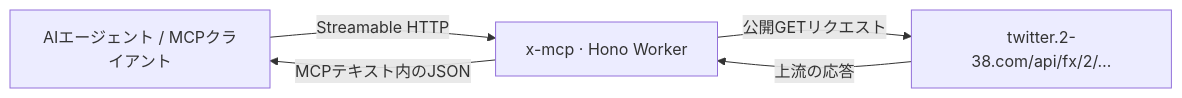
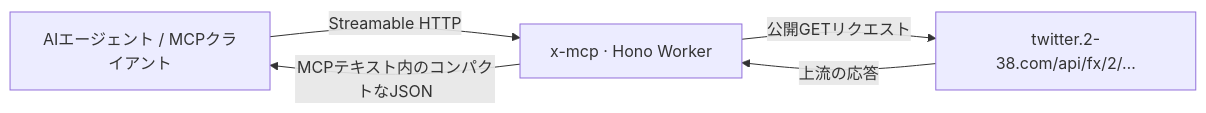
One commit to kandotrun/x-mcp changed the diagram in README.ja.md. Above: the diagram before and after it, drawn with Mermaid. The commit also changed other lines of this file and 68 other files, not shown here.

````diff
--- a/README.ja.md
+++ b/README.ja.md
@@ -133,7 +250,7 @@
 ```mermaid
 flowchart LR
     agent["AIエージェント / MCPクライアント"] -->|Streamable HTTP| worker["x-mcp · Hono Worker"]
     worker -->|公開GETリクエスト| proxy["twitter.2-38.com/api/fx/2/…"]
     proxy -->|上流の応答| worker
-    worker -->|MCPテキスト内のJSON| agent
+    worker -->|MCPテキスト内のコンパクトなJSON| agent
 ```
````
